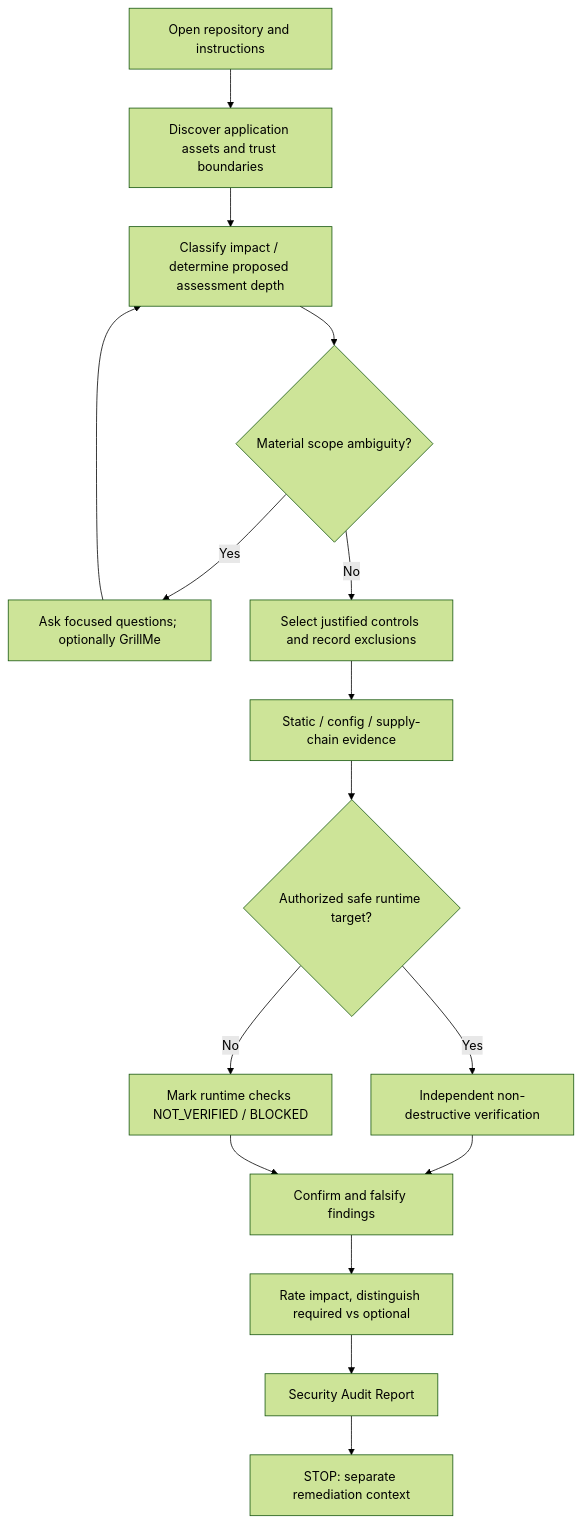
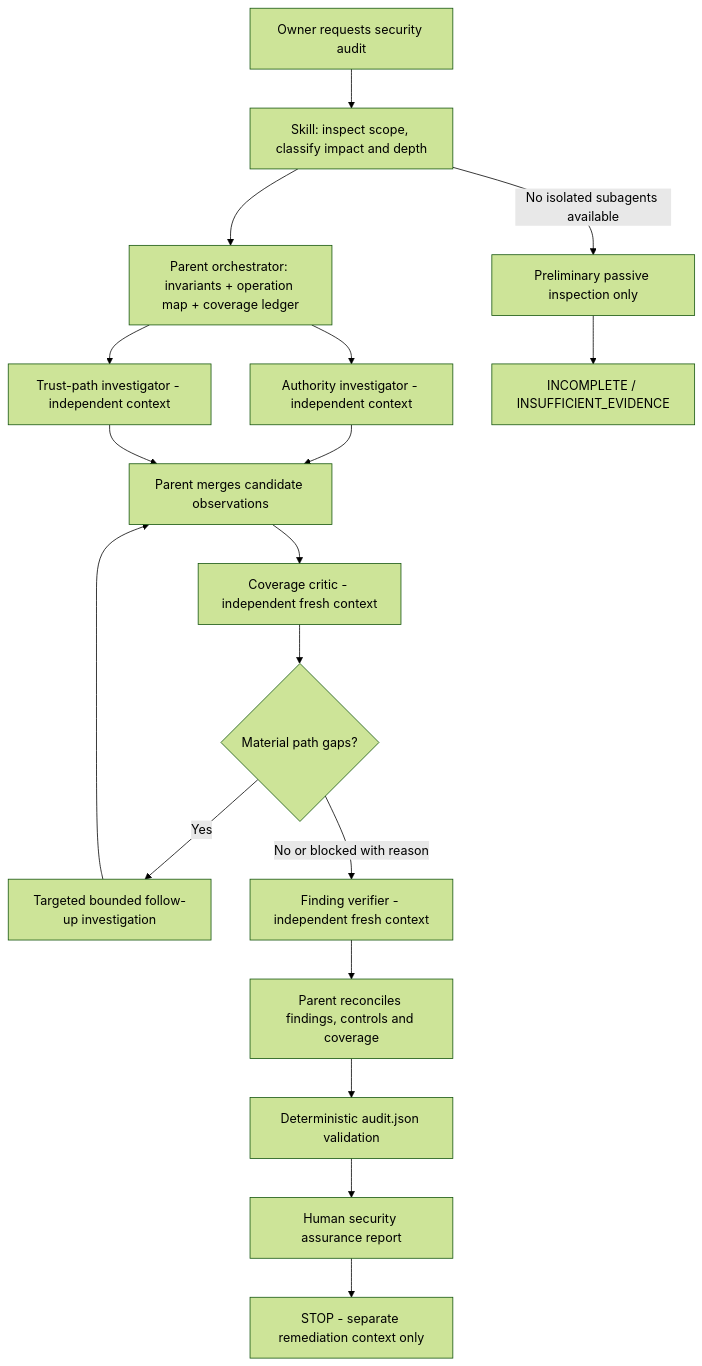
The diagram in docs/skills/security-audit.md (Phoenixarjun/Agent-Toolkit), drawn with Mermaid (forest theme) before and after one commit. The commit also changed other lines of this file and 31 other files, not shown here.

First line of the commit message:
feat: integrate security-audit v2 and reorganize document templates

````diff
--- a/docs/skills/security-audit.md
+++ b/docs/skills/security-audit.md
@@ -28,18 +19,20 @@
 ```mermaid
 flowchart TD
-  A[Open repository and instructions] --> B[Discover application assets and trust boundaries]
-  B --> C[Classify impact / determine proposed assessment depth]
-  C --> D{Material scope ambiguity?}
-  D -->|Yes| E[Ask focused questions; optionally GrillMe]
-  E --> C
-  D -->|No| F[Select justified controls and record exclusions]
-  F --> G[Static / config / supply-chain evidence]
-  G --> H{Authorized safe runtime target?}
-  H -->|Yes| I[Independent non-destructive verification]
-  H -->|No| J[Mark runtime checks NOT_VERIFIED / BLOCKED]
-  I --> K[Confirm and falsify findings]
-  J --> K
-  K --> L[Rate impact, distinguish required vs optional]
-  L --> M[Security Audit Report]
-  M --> N[STOP: separate remediation context]
+    A[Owner requests security audit] --> B[Skill: inspect scope, classify impact and depth]
+    B --> C[Parent orchestrator: invariants + operation map + coverage ledger]
+    C --> D[Authority investigator - independent context]
+    C --> E[Trust-path investigator - independent context]
+    D --> F[Parent merges candidate observations]
+    E --> F
+    F --> G[Coverage critic - independent fresh context]
+    G --> H{Material path gaps?}
+    H -->|Yes| I[Targeted bounded follow-up investigation]
+    I --> F
+    H -->|No or blocked with reason| J[Finding verifier - independent fresh context]
+    J --> K[Parent reconciles findings, controls and coverage]
+    K --> L[Deterministic audit.json validation]
+    L --> M[Human security assurance report]
+    M --> N[STOP - separate remediation context only]
+    B -->|No isolated subagents available| X[Preliminary passive inspection only]
+    X --> Y[INCOMPLETE / INSUFFICIENT_EVIDENCE]
 ```
````
